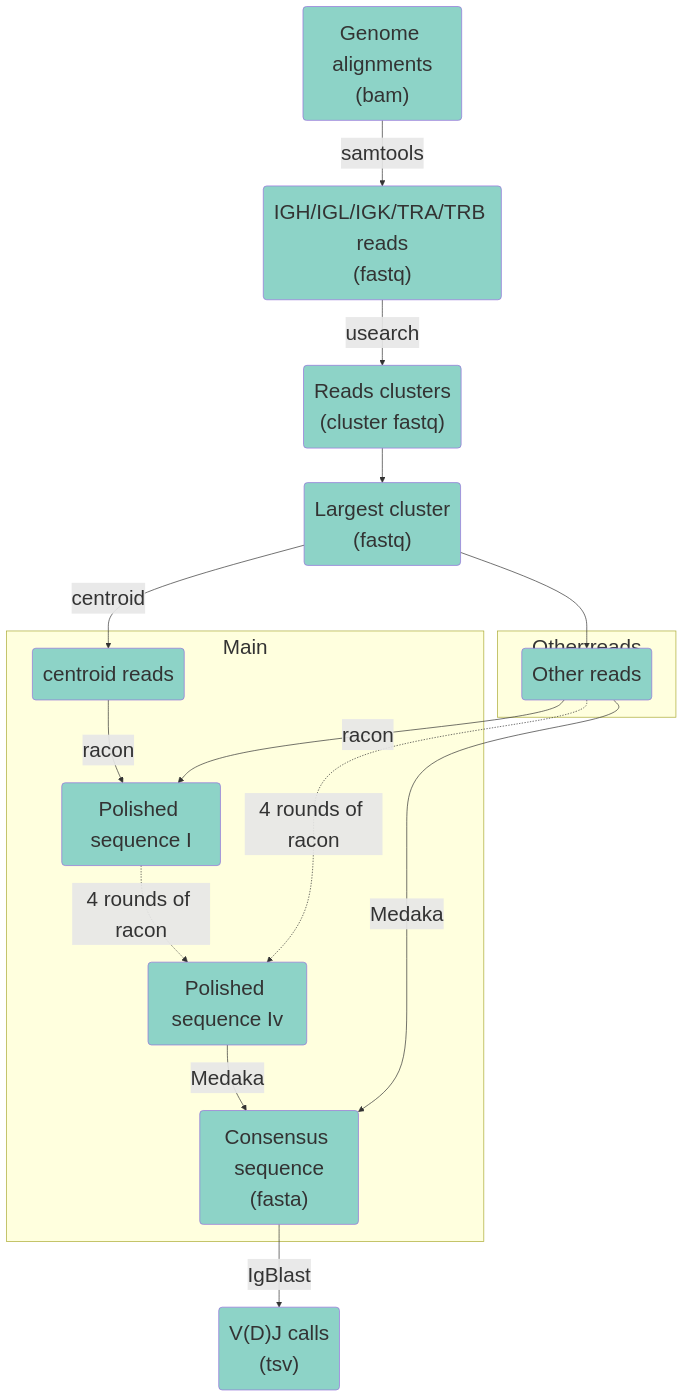
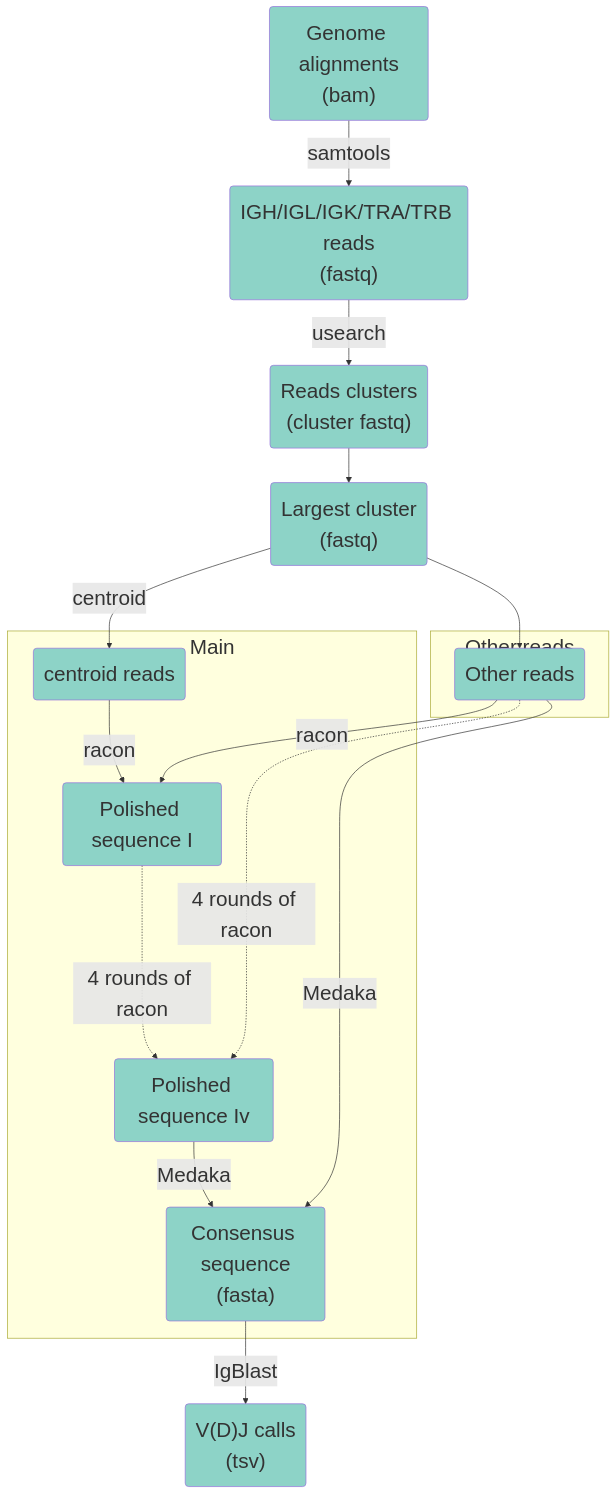
One commit to liuzhenyu-yyy/SCAN-seq2 changed the third of 4 diagrams in README.md. Above: the diagram before and after it, drawn with Mermaid.

Commit message:
change length of edge

````diff
--- a/README.md
+++ b/README.md
@@ -45,25 +45,25 @@
 ```mermaid
 %%{init: {"theme": "default", 'themeVariables': { "fontSize": "30px","fontFamily": "Arial"}}}%%
 graph TD
 
 Align_Genome("Genome alignments</br>(bam)"):::sc -- samtools --> reads("IGH/IGL/IGK/TRA/TRB reads<br/>(fastq)"):::sc --usearch--> cluster("Reads clusters</br>(cluster fastq)"):::sc--> large_clustrer("Largest cluster</br>(fastq)"):::sc--centroid--> centroid("centroid reads"):::sc
 large_clustrer --> Other("Other reads"):::sc
 
 subgraph Main 
 centroid  --racon--> pol1(Polished sequence I):::sc
-pol1 -. 4 rounds of racon.->pol4(Polished sequence Iv):::sc -- Medaka --> con("Consensus sequence</br>(fasta)"):::sc
+pol1 -. 4 rounds of racon..->pol4(Polished sequence Iv):::sc -- Medaka --> con("Consensus sequence</br>(fasta)"):::sc
 end
 
 subgraph Other reads
 Other --racon--> pol1
 Other -. 4 rounds of racon.->pol4
 Other -- Medaka --> con("Consensus sequence</br>(fasta)")
 end
 
 con --IgBlast--> VDJ("V(D)J calls</br>(tsv)"):::sc
 
 classDef merge fill:#bebada,stroke:#000000;
 classDef cl fill:#fb8072,stroke:#000000;
 classDef sc fill:#8dd3c7,stroke:#00000;
 classDef down fill:#b3de69,stroke:#000000;
 ```
````
